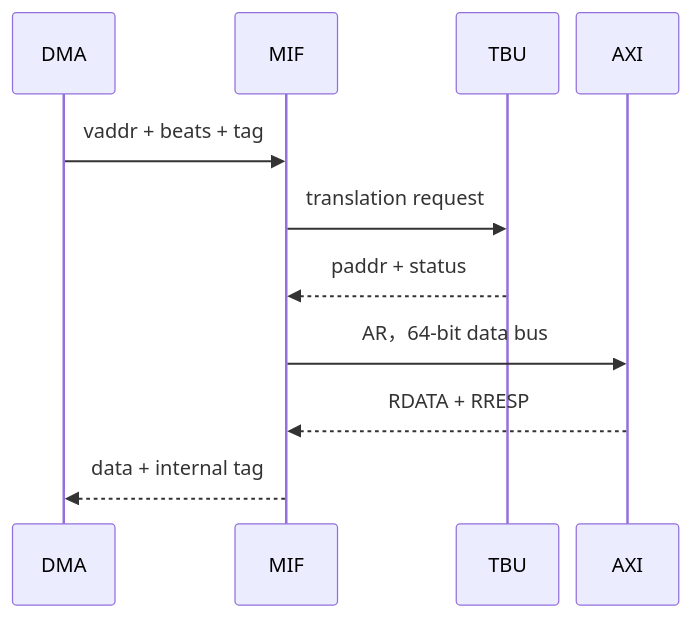
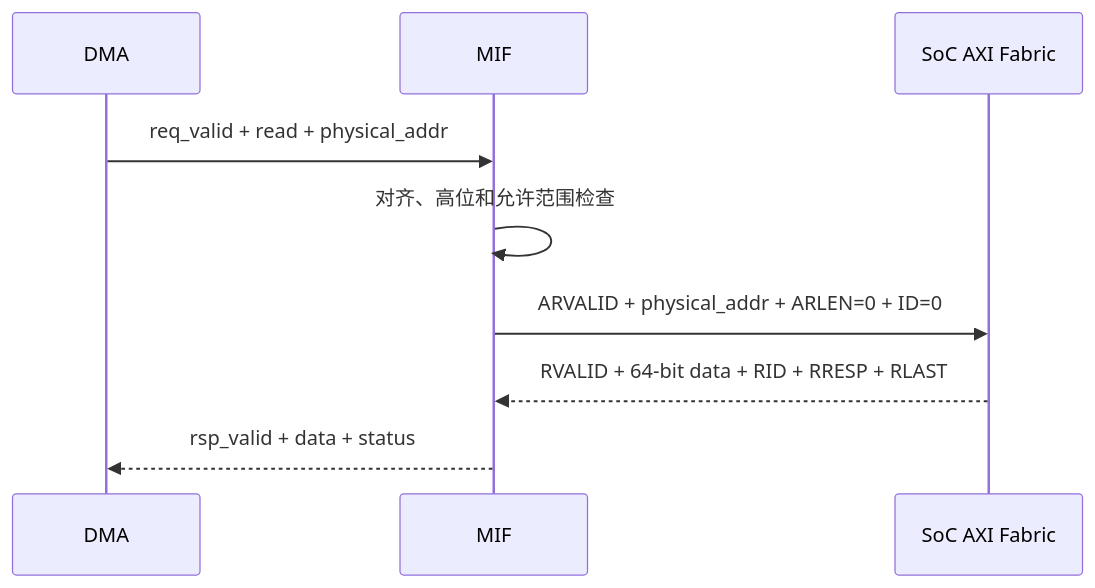
Diagram 13 of 19 in NPU/NPU 指令与硬件架构设计 Spec.md (Little-W/Obsidian), drawn with Mermaid before and after one commit. The commit also changed other lines of this file and 90 other files, not shown here.

````diff
--- a/NPU/NPU 指令与硬件架构设计 Spec.md
+++ b/NPU/NPU 指令与硬件架构设计 Spec.md
@@ -4042,15 +3838,12 @@
 ```mermaid
-%%{init: {"sequence": {"useMaxWidth": true, "actorMargin": 14, "width": 82, "messageMargin": 10, "noteMargin": 6}, "themeVariables": {"fontSize": "11px"}}}%%
 sequenceDiagram
     participant DMA
     participant MIF
-    participant TBU
-    participant AXI
+    participant AXI as SoC AXI Fabric
 
-    DMA->>MIF: vaddr + beats + tag
-    MIF->>TBU: translation request
-    TBU-->>MIF: paddr + status
-    MIF->>AXI: AR，64-bit data bus
-    AXI-->>MIF: RDATA + RRESP
-    MIF-->>DMA: data + internal tag
+    DMA->>MIF: req_valid + read + physical_addr
+    MIF->>MIF: 对齐、高位和允许范围检查
+    MIF->>AXI: ARVALID + physical_addr + ARLEN=0 + ID=0
+    AXI-->>MIF: RVALID + 64-bit data + RID + RRESP + RLAST
+    MIF-->>DMA: rsp_valid + data + status
 ```
````
